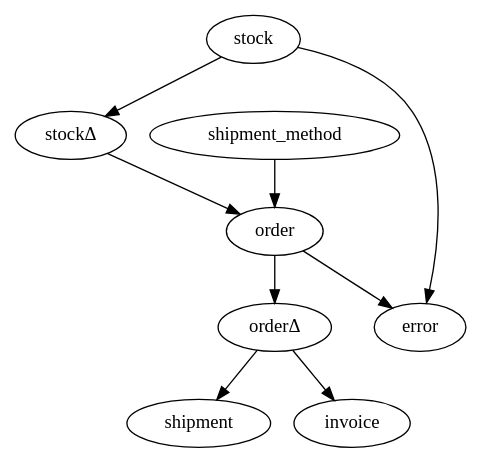
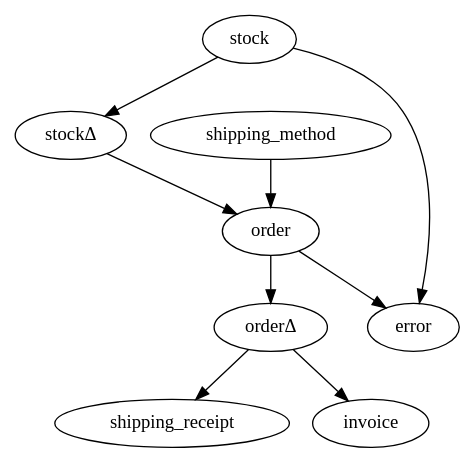
The sixth of 6 diagrams in overview.org (EciStg/order-placement), drawn with Graphviz before and after one commit. The commit also changed other lines of this file and 13 other files, not shown here.

Commit message:
shippment method renamed to shipping method

```diff
--- a/overview.org
+++ b/overview.org
@@ -66,15 +66,15 @@
 #+BEGIN_SRC dot cmdline: -Kdot -Tpng :file ./images/resource-types.dot.png
   digraph {
     stockD [ label="stock&Delta;" ]
     orderD [ label="order&Delta;" ]
 
     stock -> error;
     stock -> stockD;
     stockD -> order;
-    shipment_method -> order;
+    shipping_method -> order;
     order -> error;
     order -> orderD;
-    orderD -> shipment;
+    orderD -> shipping_receipt;
     orderD -> invoice;
   }
 #+END_SRC
```
